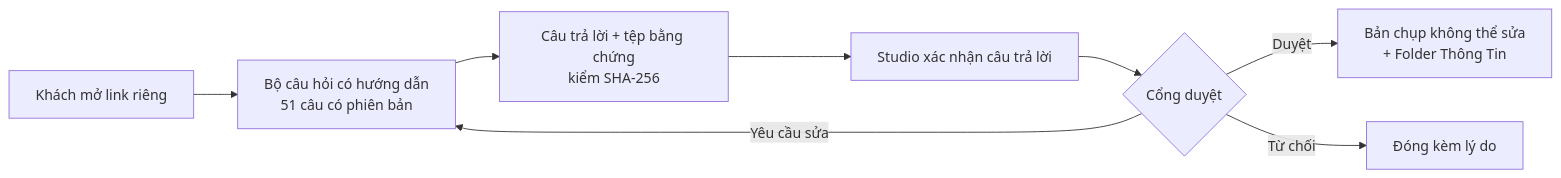
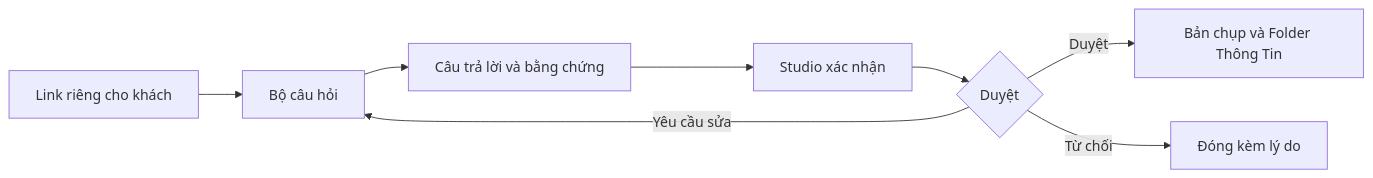
The diagram in README.vi.md (danggiakhanhgl2022-hash/d-n-web-t-ng), drawn with Mermaid before and after one commit. The commit also changed other lines of this file and 3 other files, not shown here.

````diff
--- a/README.vi.md
+++ b/README.vi.md
@@ -34,10 +43,10 @@
 ```mermaid
 flowchart LR
-    A[Khách mở link riêng] --> B[Bộ câu hỏi có hướng dẫn<br/>51 câu có phiên bản]
-    B --> C[Câu trả lời + tệp bằng chứng<br/>kiểm SHA-256]
-    C --> D[Studio xác nhận câu trả lời]
-    D --> E{Cổng duyệt}
-    E -->|Duyệt| F[Bản chụp không thể sửa<br/>+ Folder Thông Tin]
+    A[Link riêng cho khách] --> B[Bộ câu hỏi]
+    B --> C[Câu trả lời và bằng chứng]
+    C --> D[Studio xác nhận]
+    D --> E{Duyệt}
+    E -->|Duyệt| F[Bản chụp và Folder Thông Tin]
     E -->|Yêu cầu sửa| B
     E -->|Từ chối| G[Đóng kèm lý do]
 ```
````
